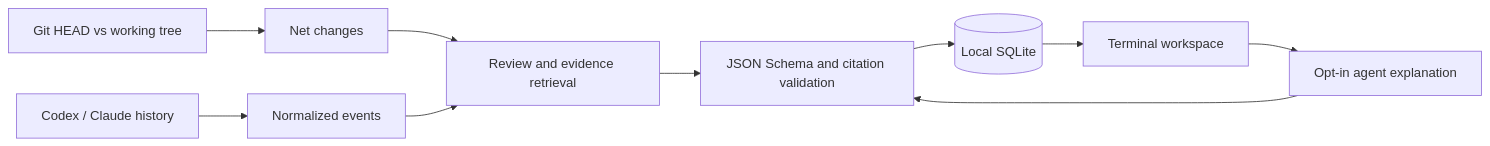
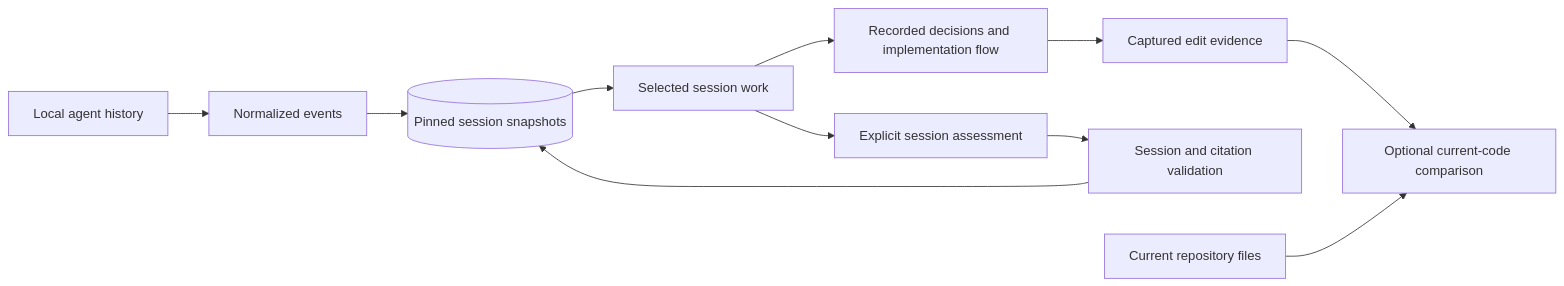
One commit to grandimam/wy changed the diagram in docs/architecture.md. Above: the diagram before and after it, drawn with Mermaid. The commit also changed other lines of this file and 24 other files, not shown here.

````diff
--- a/docs/architecture.md
+++ b/docs/architecture.md
@@ -5,12 +8,13 @@
 ```mermaid
 flowchart LR
-  H[Codex / Claude history] --> E[Normalized events]
-  G[Git HEAD vs working tree] --> D[Net changes]
-  D --> R[Review and evidence retrieval]
-  E --> R
-  R --> V[JSON Schema and citation validation]
-  V --> DB[(Local SQLite)]
-  DB --> T[Terminal workspace]
-  T --> A[Opt-in agent explanation]
-  A --> V
+  H[Local agent history] --> E[Normalized events]
+  E --> DB[(Pinned session snapshots)]
+  DB --> W[Selected session work]
+  W --> D[Recorded decisions and implementation flow]
+  W --> A[Explicit session assessment]
+  A --> V[Session and citation validation]
+  V --> DB
+  D --> C[Captured edit evidence]
+  C --> P[Optional current-code comparison]
+  G[Current repository files] --> P
 ```
````
